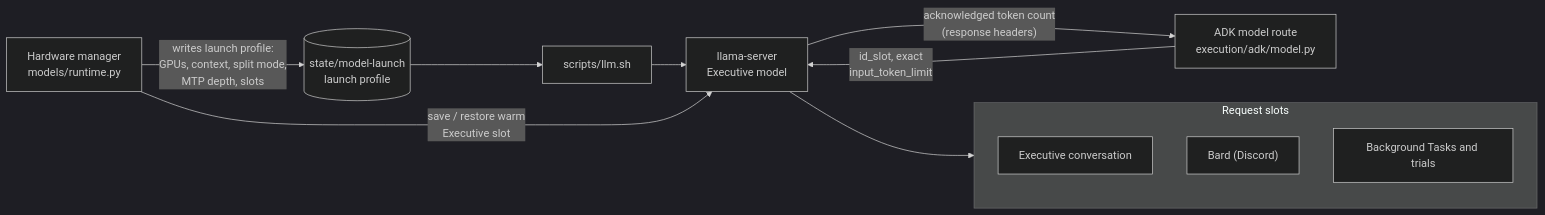
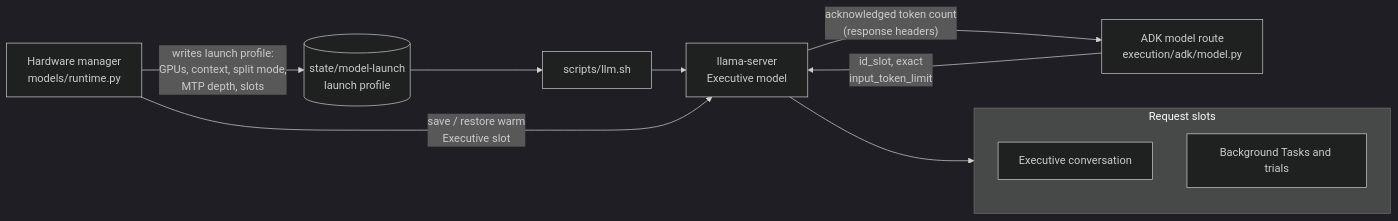
The diagram in docs/integrations/llama-cpp.md (Resource-Hacker/obsidience), drawn with Mermaid (dark theme) before and after one commit. The commit also changed other lines of this file and 131 other files, not shown here.

````diff
--- a/docs/integrations/llama-cpp.md
+++ b/docs/integrations/llama-cpp.md
@@ -40,15 +40,14 @@
 ```mermaid
 flowchart LR
   hw["Hardware manager<br/>models/runtime.py"] -->|"writes launch profile:<br/>GPUs, context, split mode,<br/>MTP depth, slots"| profile[("state/model-launch<br/>launch profile")]
   profile --> launcher["scripts/llm.sh"]
   launcher --> server["llama-server<br/>Executive model"]
   subgraph Slots["Request slots"]
     s1["Executive conversation"]
-    s2["Bard (Discord)"]
     s3["Background Tasks and trials"]
   end
   route["ADK model route<br/>execution/adk/model.py"] -->|"id_slot, exact<br/>input_token_limit"| server
   server --> Slots
   server -->|"acknowledged token count<br/>(response headers)"| route
   hw -->|"save / restore warm<br/>Executive slot"| server
 ```
````
